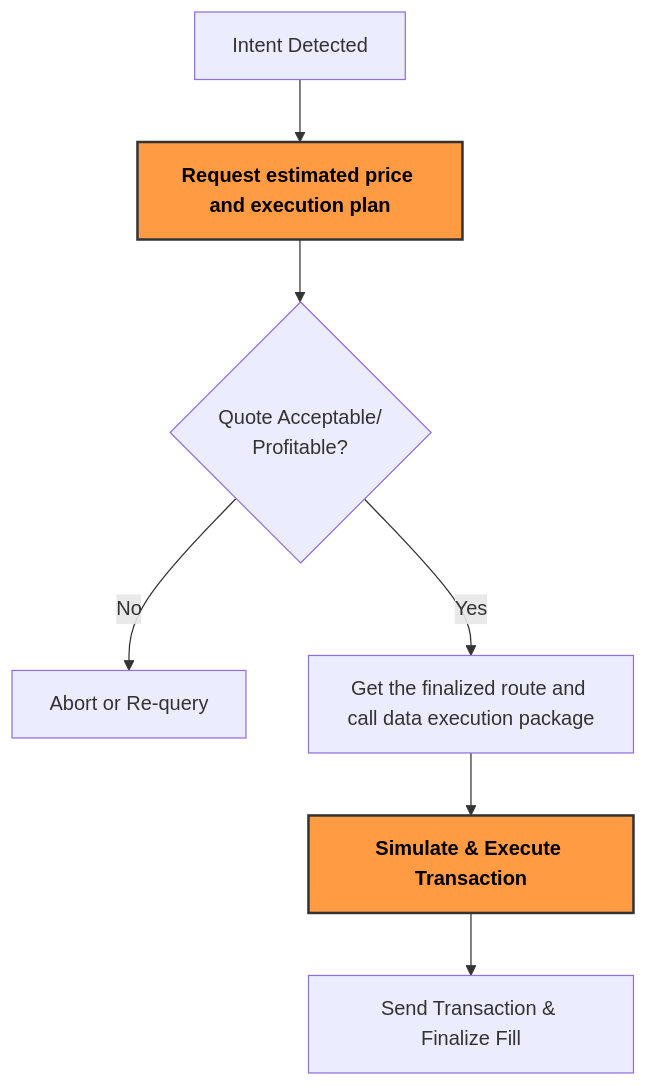
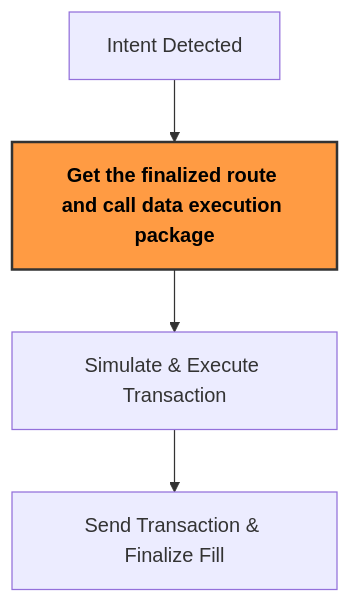
Before and after one commit to sprintertech/sprinter-sdk: the diagram in docs/docs/03-Solve/02-solve-quick-start.md, drawn with Mermaid. The commit also changed other lines of this file and 1 other file, not shown here.

Commit message:
fix(docs): adding router addresses  (#163)

````diff
--- a/docs/docs/03-Solve/02-solve-quick-start.md
+++ b/docs/docs/03-Solve/02-solve-quick-start.md
@@ -24,16 +24,12 @@
 ```mermaid
 flowchart TD
-  A[Intent Detected] --> B[Request estimated price and execution plan]
-  B --> C{Quote Acceptable/<br>Profitable?}
-  C -- No --> D[Abort or Re-query]
-  C -- Yes --> E[Get the finalized route and call data execution package]
+  A[Intent Detected] -->
+  E[Get the finalized route and call data execution package]
   E --> F[Simulate & Execute Transaction]
   F --> G[Send Transaction & Finalize Fill]
 
 
-click B "solve-get-route-v2" "Borrow Quote"
-style B fill:#FF9B43,stroke:#333,stroke-width:2px,color:#000,font-weight:bold
+click E "solve-get-route-v2" "Borrow Quote"
+style E fill:#FF9B43,stroke:#333,stroke-width:2px,color:#000,font-weight:bold
 
-click F "solve-api-quick-start#4-send-transaction-using-swap_call_data" "Borrow Quote"
-style F fill:#FF9B43,stroke:#333,stroke-width:2px,color:#000,font-weight:bold
 ```
````
